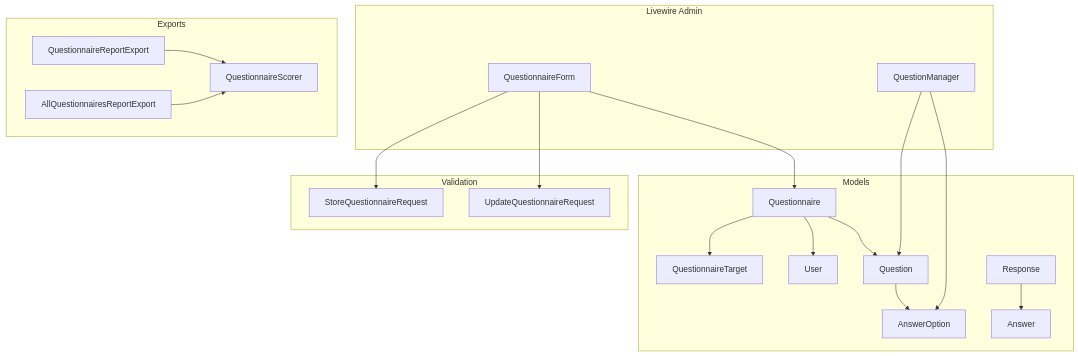
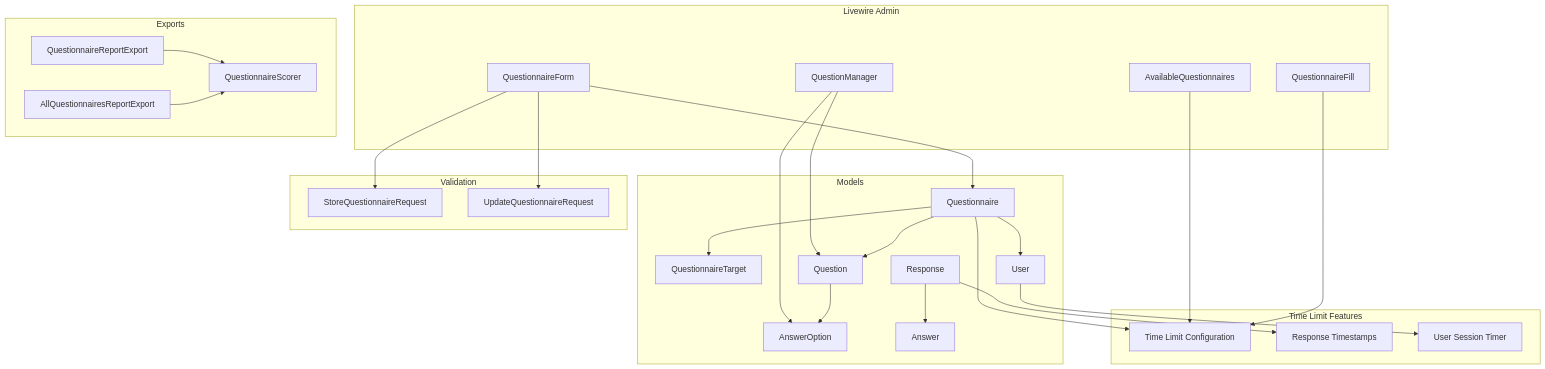
One commit to rudicatsmile/assesment360 changed the first of 8 diagrams in .qoder/repowiki/en/content/Core Features/Questionnaire Management/Questionnaire Management.md. Above: the diagram before and after it, drawn with Mermaid. The commit also changed other lines of this file and 6 other files, not shown here.

````diff
--- a/.qoder/repowiki/en/content/Core Features/Questionnaire Management/Questionnaire Management.md
+++ b/.qoder/repowiki/en/content/Core Features/Questionnaire Management/Questionnaire Management.md
@@ -39,37 +54,49 @@
 ```mermaid
 graph TB
 subgraph "Models"
 Q["Questionnaire"]
 QT["QuestionnaireTarget"]
 U["User"]
 Qs["Question"]
 AO["AnswerOption"]
 R["Response"]
 A["Answer"]
 end
 subgraph "Livewire Admin"
 QF["QuestionnaireForm"]
 QM["QuestionManager"]
+AQ["AvailableQuestionnaires"]
+QFill["QuestionnaireFill"]
 end
 subgraph "Validation"
 SR["StoreQuestionnaireRequest"]
 UR["UpdateQuestionnaireRequest"]
 end
 subgraph "Exports"
 QE["QuestionnaireReportExport"]
 AE["AllQuestionnairesReportExport"]
 SC["QuestionnaireScorer"]
 end
+subgraph "Time Limit Features"
+TL["Time Limit Configuration"]
+RT["Response Timestamps"]
+US["User Session Timer"]
+end
 QF --> SR
 QF --> UR
 QF --> Q
 QM --> Qs
 QM --> AO
 Q --> Qs
 Q --> QT
 Q --> U
+Q --> TL
 Qs --> AO
 R --> A
+R --> RT
+U --> US
 QE --> SC
 AE --> SC
+AQ --> TL
+QFill --> TL
 ```
````
